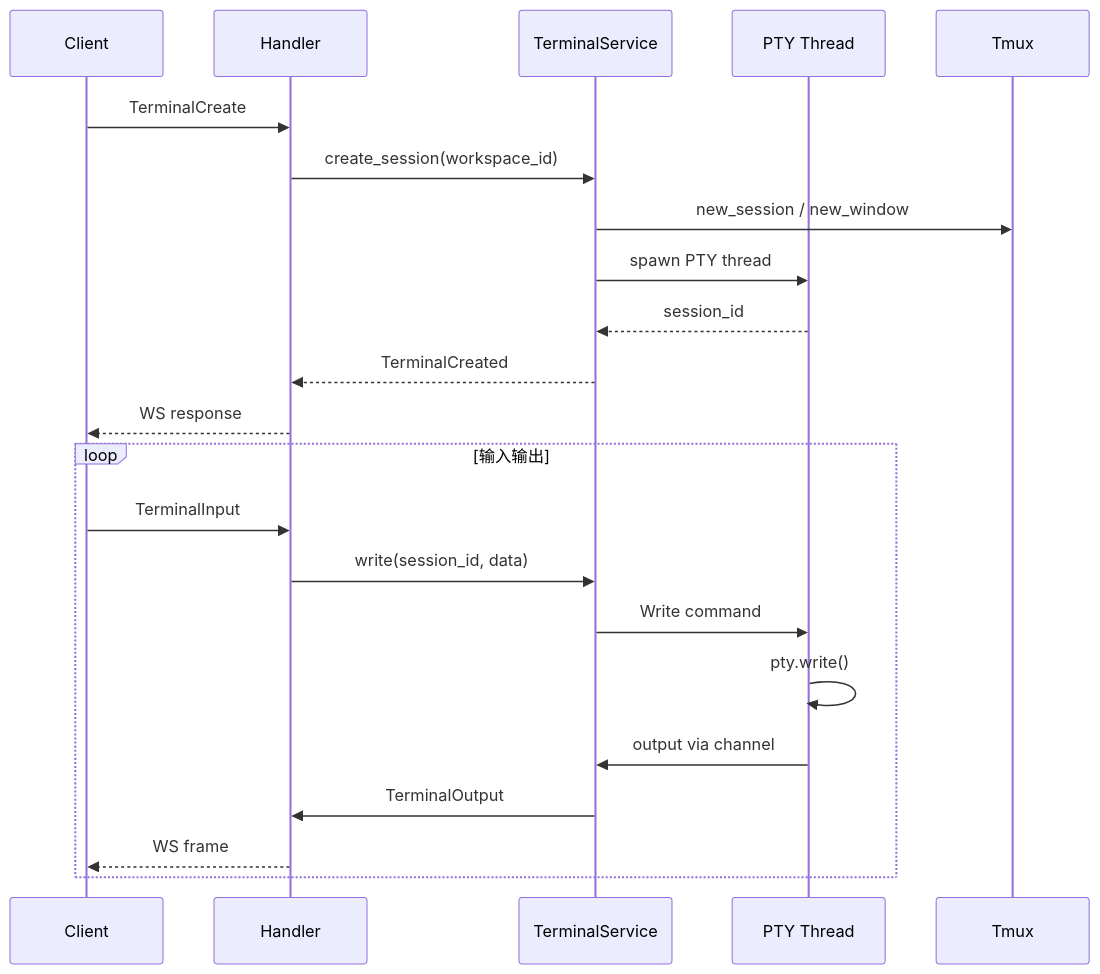
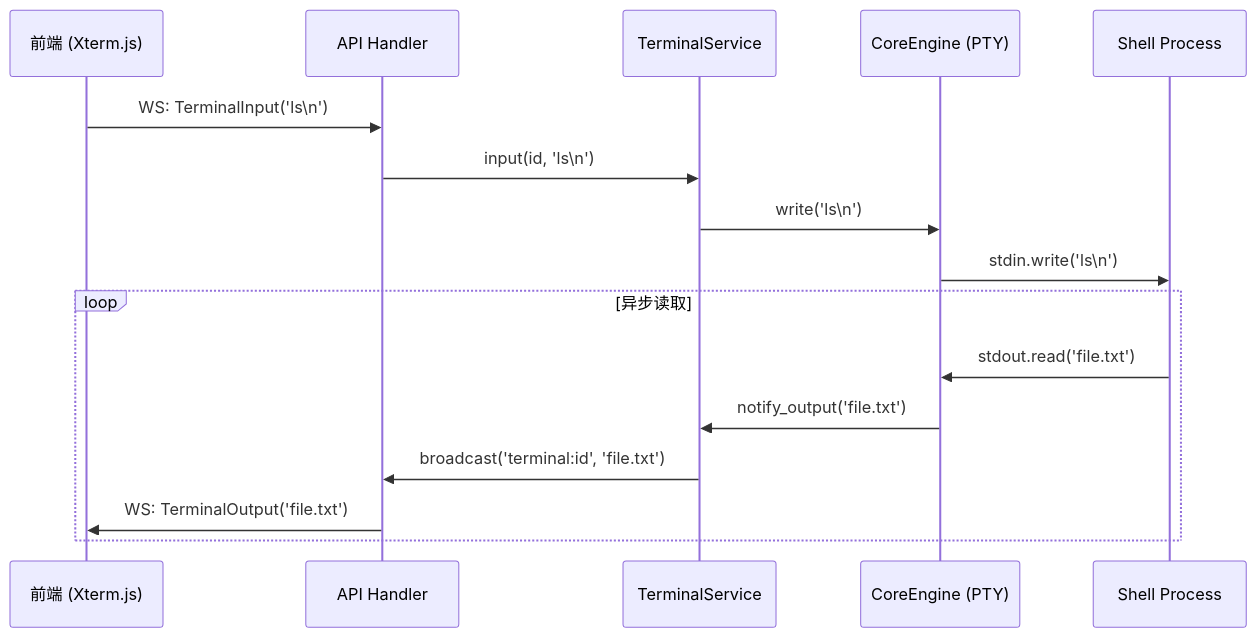
One commit to AruNi-01/atmos changed the second of 2 diagrams in .atmos/wiki/deep-dive/core-service/terminal.md. Above: the diagram before and after it, drawn with Mermaid. The commit also changed other lines of this file and 49 other files, not shown here.

````diff
--- a/.atmos/wiki/deep-dive/core-service/terminal.md
+++ b/.atmos/wiki/deep-dive/core-service/terminal.md
@@ -47,26 +73,20 @@
 ```mermaid
 sequenceDiagram
-    participant C as Client
-    participant H as Handler
-    participant T as TerminalService
-    participant P as PTY Thread
-    participant Tmux
+    participant Web as 前端 (Xterm.js)
+    participant API as API Handler
+    participant Svc as TerminalService
+    participant Eng as CoreEngine (PTY)
+    participant Shell as Shell Process
 
-    C->>H: TerminalCreate
-    H->>T: create_session(workspace_id)
-    T->>Tmux: new_session / new_window
-    T->>P: spawn PTY thread
-    P-->>T: session_id
-    T-->>H: TerminalCreated
-    H-->>C: WS response
-
-    loop 输入输出
-        C->>H: TerminalInput
-        H->>T: write(session_id, data)
-        T->>P: Write command
-        P->>P: pty.write()
-        P->>T: output via channel
-        T->>H: TerminalOutput
-        H-->>C: WS frame
+    Web->>API: WS: TerminalInput('ls\n')
+    API->>Svc: input(id, 'ls\n')
+    Svc->>Eng: write('ls\n')
+    Eng->>Shell: stdin.write('ls\n')
+    
+    loop 异步读取
+        Shell->>Eng: stdout.read('file.txt')
+        Eng->>Svc: notify_output('file.txt')
+        Svc->>API: broadcast('terminal:id', 'file.txt')
+        API->>Web: WS: TerminalOutput('file.txt')
     end
 ```
````
